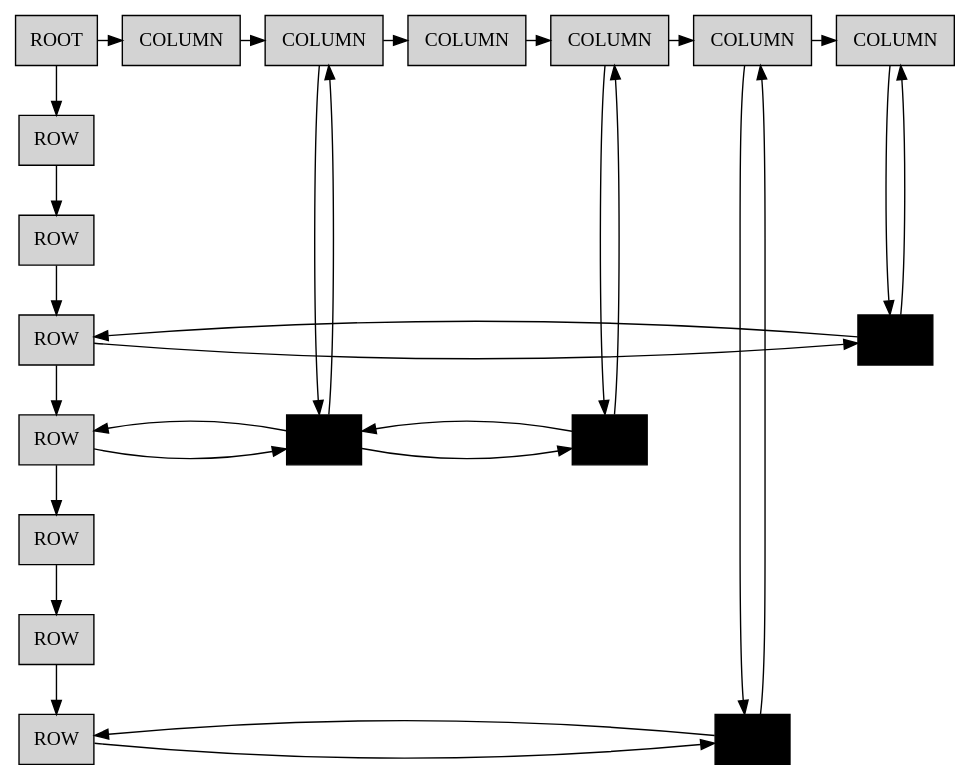
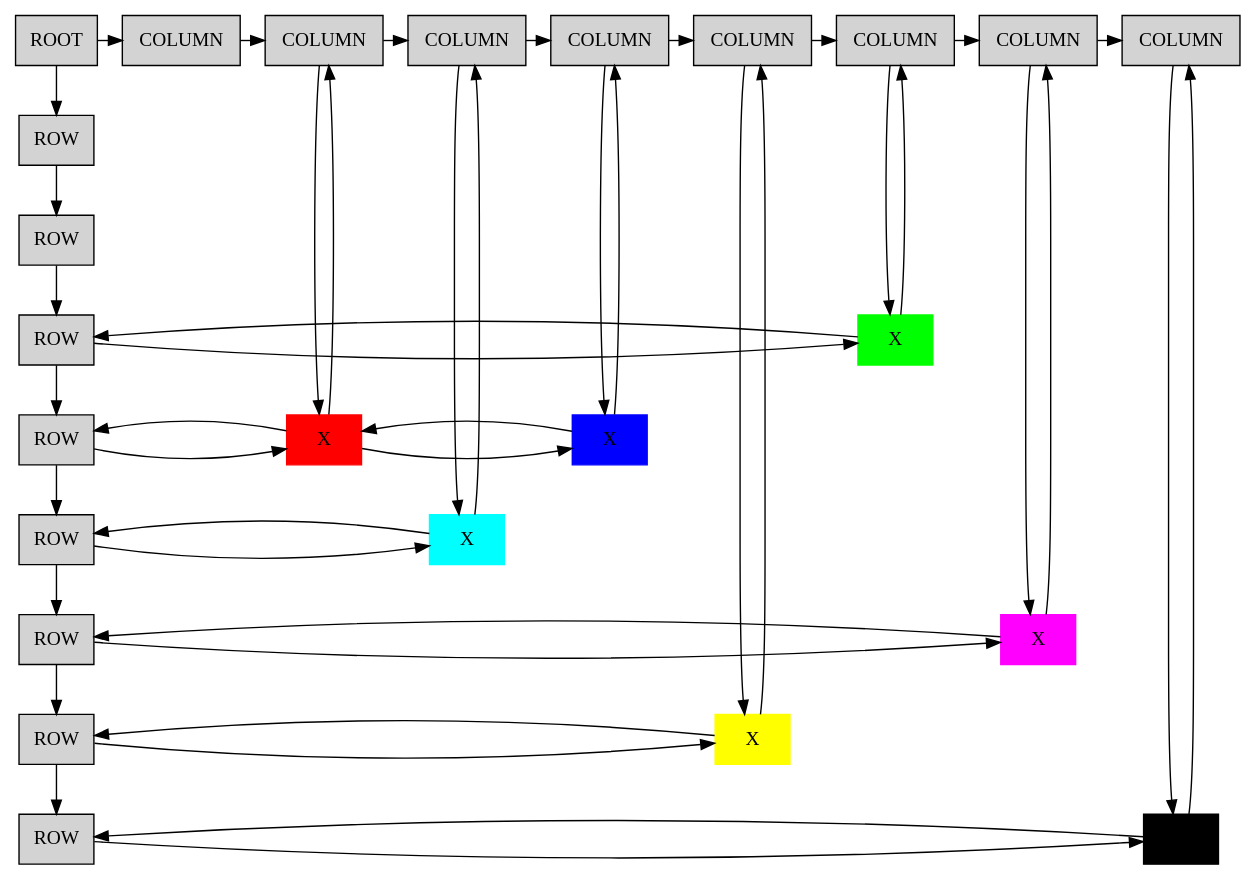
One commit to DiegoCali/EDD_PROYECTO_202201128 changed the diagram in Fase 2/pixels.dot. Above: the diagram before and after it, drawn with Graphviz. The commit also changed 3 other files, not shown here.

```diff
--- a/Fase 2/pixels.dot
+++ b/Fase 2/pixels.dot
@@ -1,58 +1,78 @@
 digraph Layer1 {
 Node [shape=box];
 root [label="ROOT", style=filled];
 row_0[label="ROW", style=filled];
 row_0 -> row_1
 row_1[label="ROW", style=filled];
 row_1 -> row_2
 row_2[label="ROW", style=filled];
 row_2 -> row_3
 row_3[label="ROW", style=filled];
 row_3 -> row_4
 row_4[label="ROW", style=filled];
 row_4 -> row_5
 row_5[label="ROW", style=filled];
 row_5 -> row_6
 row_6[label="ROW", style=filled];
+row_6 -> row_7
+row_7[label="ROW", style=filled];
 col_0[label="COLUMN", style=filled];
 col_0 -> col_1
 col_1[label="COLUMN", style=filled];
 col_1 -> col_2
 col_2[label="COLUMN", style=filled];
 col_2 -> col_3
 col_3[label="COLUMN", style=filled];
 col_3 -> col_4
 col_4[label="COLUMN", style=filled];
 col_4 -> col_5
 col_5[label="COLUMN", style=filled];
-{ rank=same; root; col_0; col_1; col_2; col_3; col_4; col_5}
+col_5 -> col_6
+col_6[label="COLUMN", style=filled];
+col_6 -> col_7
+col_7[label="COLUMN", style=filled];
+{ rank=same; root; col_0; col_1; col_2; col_3; col_4; col_5; col_6; col_7}
 root -> row_0
 root -> col_0
 col_1 -> node_0
+col_2 -> node_4
 col_3 -> node_2
 col_4 -> node_3
 col_5 -> node_1
+col_6 -> node_5
+col_7 -> node_6
 row_2 -> node_1[constraint=false]
-node_1
-[label="X", style=filled, color=black];
+node_1[label="X", style=filled, color="#00FF00"];
 node_1 -> col_5[constraint=false]
 node_1 -> row_2[constraint=false]
 { rank=same; row_2; node_1}
 row_3 -> node_0[constraint=false]
-node_0
-[label="X", style=filled, color=black];
+node_0[label="X", style=filled, color="#FF0000"];
 node_0 -> col_1[constraint=false]
 node_0 -> node_2[constraint=false]
 node_0 -> row_3[constraint=false]
-node_2
-[label="X", style=filled, color=black];
+node_2[label="X", style=filled, color="#0000FF"];
 node_2 -> col_3[constraint=false]
 node_2 -> node_0[constraint=false]
 { rank=same; row_3; node_0; node_2}
+row_4 -> node_4[constraint=false]
+node_4[label="X", style=filled, color="#00FFFF"];
+node_4 -> col_2[constraint=false]
+node_4 -> row_4[constraint=false]
+{ rank=same; row_4; node_4}
+row_5 -> node_5[constraint=false]
+node_5[label="X", style=filled, color="#FF00FF"];
+node_5 -> col_6[constraint=false]
+node_5 -> row_5[constraint=false]
+{ rank=same; row_5; node_5}
 row_6 -> node_3[constraint=false]
-node_3
-[label="X", style=filled, color=black];
+node_3[label="X", style=filled, color="#FFFF00"];
 node_3 -> col_4[constraint=false]
 node_3 -> row_6[constraint=false]
 { rank=same; row_6; node_3}
+row_7 -> node_6[constraint=false]
+node_6[label="X", style=filled, color="#000000"];
+node_6 -> col_7[constraint=false]
+node_6 -> row_7[constraint=false]
+{ rank=same; row_7; node_6}
 }
```
